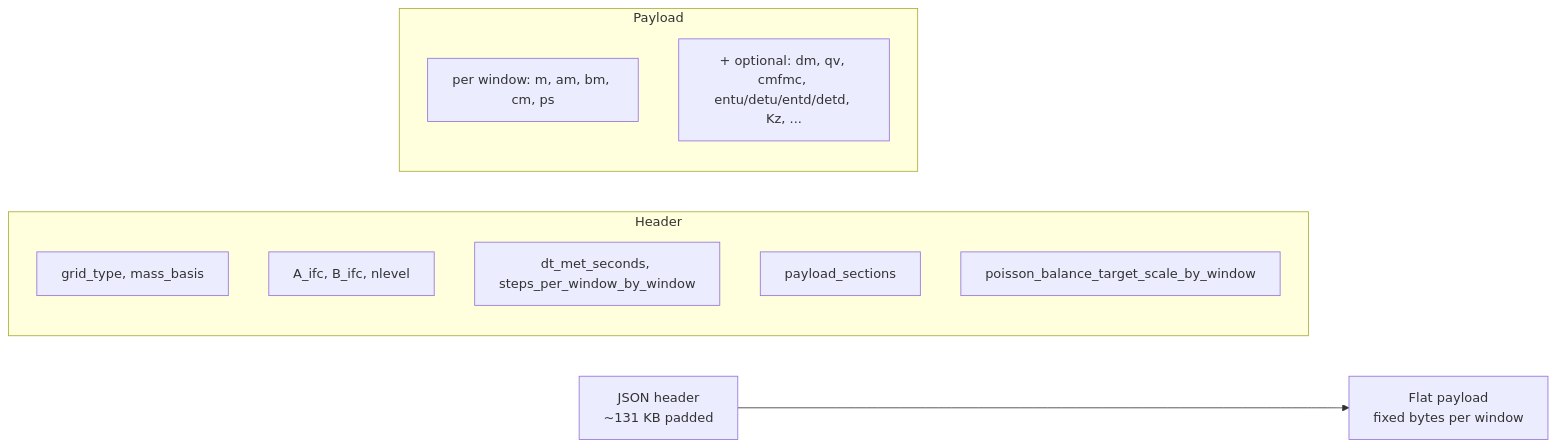
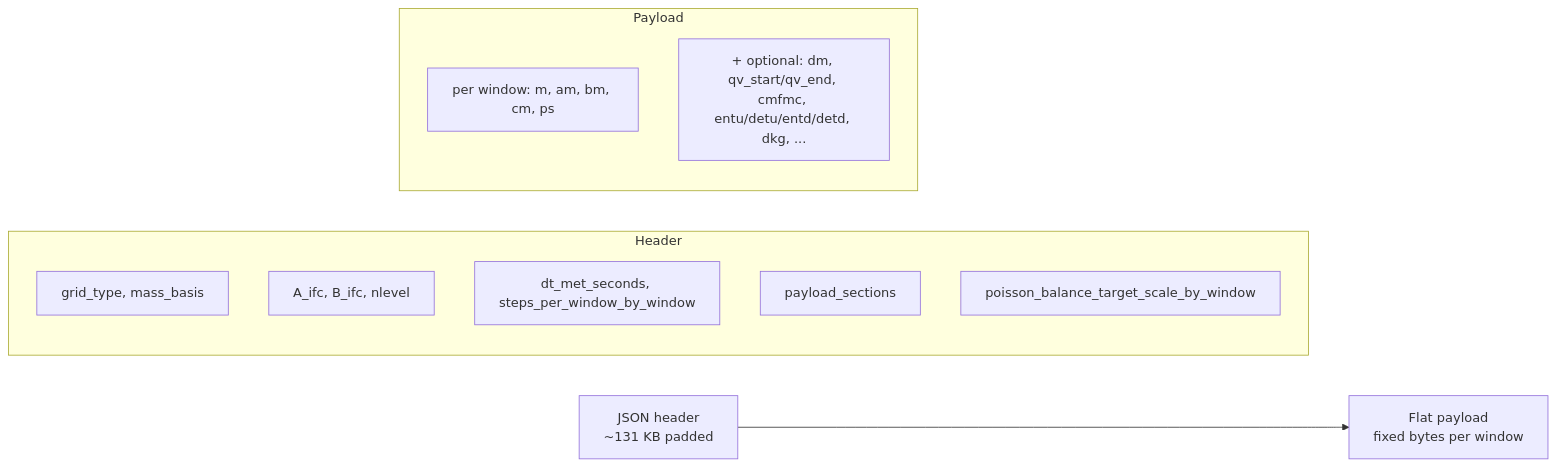
Before and after one commit to RemoteSensingTools/AtmosTransport: the first of 4 diagrams in docs/src/for_tm5_gchp_users/binary_pipeline.md, drawn with Mermaid. The commit also changed other lines of this file and 32 other files, not shown here.

````diff
--- a/docs/src/for_tm5_gchp_users/binary_pipeline.md
+++ b/docs/src/for_tm5_gchp_users/binary_pipeline.md
@@ -15,19 +15,19 @@
 ```mermaid
 flowchart LR
     H[JSON header<br/>~131 KB padded]
     PAY[Flat payload<br/>fixed bytes per window]
     H --> PAY
     subgraph Header
         direction TB
         H1[grid_type, mass_basis]
         H2[A_ifc, B_ifc, nlevel]
         H3[dt_met_seconds, steps_per_window_by_window]
         H4[payload_sections]
         H5[poisson_balance_target_scale_by_window]
     end
     subgraph Payload
         direction TB
         P1[per window: m, am, bm, cm, ps]
-        P2[+ optional: dm, qv, cmfmc, entu/detu/entd/detd, Kz, ...]
+        P2[+ optional: dm, qv_start/qv_end, cmfmc, entu/detu/entd/detd, dkg, ...]
     end
 ```
````
